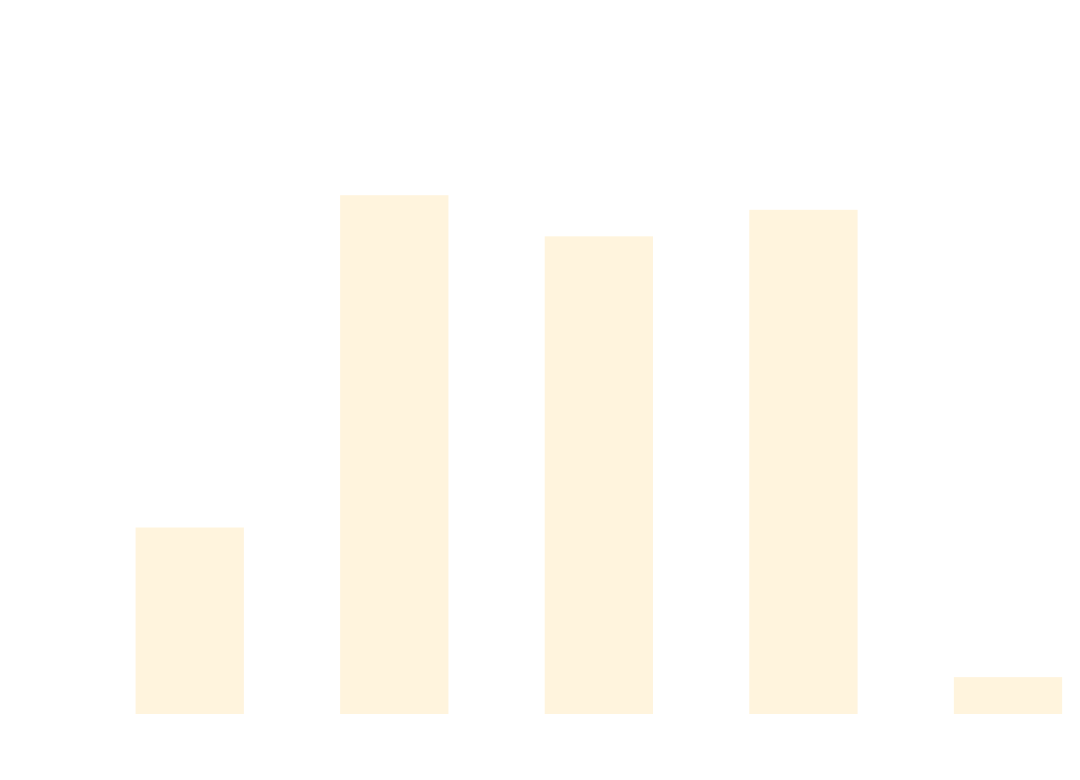
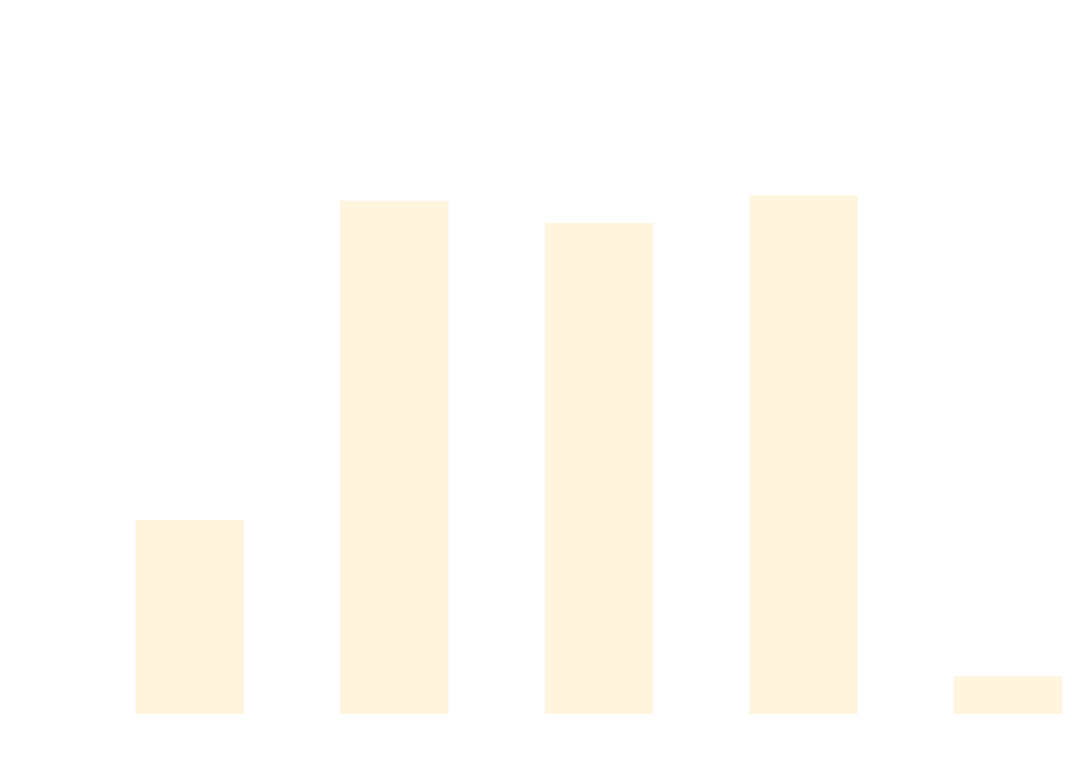
The diagram in docs/docs/benchmarks/MatrixTests.md (thomhurst/TUnit), drawn with Mermaid before and after one commit. The commit also changed other lines of this file and 17 other files, not shown here.

````diff
--- a/docs/docs/benchmarks/MatrixTests.md
+++ b/docs/docs/benchmarks/MatrixTests.md
@@ -27,37 +27,37 @@
 ```mermaid
 %%{init: {
   'theme':'base',
   'themeVariables': {
     'primaryColor': '#2563eb',
     'primaryTextColor': '#ffffff',
     'primaryBorderColor': '#1e40af',
     'lineColor': '#6b7280',
     'secondaryColor': '#7c3aed',
     'tertiaryColor': '#dc2626',
     'background': '#ffffff',
     'mainBkg': '#2563eb',
     'secondBkg': '#7c3aed',
     'tertiaryBkg': '#dc2626',
     'clusterBkg': '#f3f4f6',
     'edgeLabelBackground': '#ffffff',
     'tertiaryTextColor': '#1f2937',
     'pie1': '#2563eb',
     'pie2': '#7c3aed',
     'pie3': '#dc2626',
     'pie4': '#f59e0b',
     'pie5': '#10b981',
     'pie6': '#06b6d4',
     'pie7': '#ec4899',
     'pie8': '#6366f1',
     'pie9': '#84cc16',
     'pie10': '#f97316',
     'pie11': '#14b8a6',
     'pie12': '#a855f7'
   }
 }}%%
 xychart-beta
   title "MatrixTests Performance Comparison"
   x-axis ["TUnit", "NUnit", "MSTest", "xUnit3", "TUnit_AOT"]
-  y-axis "Time (ms)" 0 --> 1996
-  bar [570.85, 1662.61, 1527.49, 1614.64, 79.25]
+  y-axis "Time (ms)" 0 --> 1922
+  bar [573.44, 1583.4, 1512.64, 1600.95, 78.45]
 ```
````
